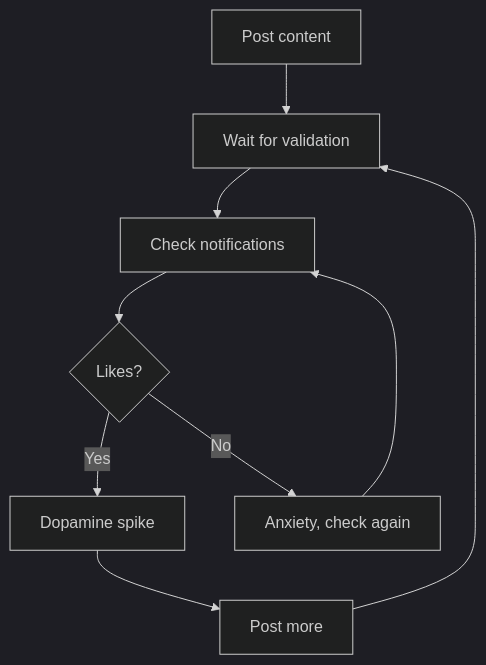
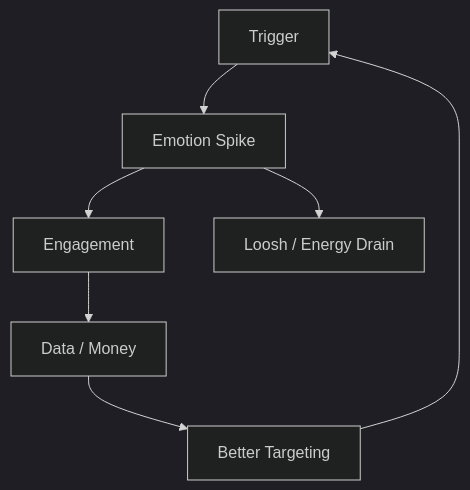
One commit to dyukahi/knowledge changed the second of 2 diagrams in mental-models/Dopamine Economy - Nền Kinh Tế Của Sự Thèm Muốn.md. Above: the diagram before and after it, drawn with Mermaid (dark theme). The commit also changed other lines of this file and 4 other files, not shown here.

````diff
--- a/mental-models/Dopamine Economy - Nền Kinh Tế Của Sự Thèm Muốn.md
+++ b/mental-models/Dopamine Economy - Nền Kinh Tế Của Sự Thèm Muốn.md
@@ -126,11 +131,9 @@
 ```mermaid
 flowchart TD
-    A["Post content"] --> B["Wait for validation"]
-    B --> C["Check notifications"]
-    C --> D{Likes?}
-    D -->|Yes| E["Dopamine spike"]
-    D -->|No| F["Anxiety, check again"]
-    E --> G["Post more"]
-    F --> C
-    G --> B
+    A[Trigger] --> B[Emotion Spike]
+    B --> C[Engagement]
+    C --> D[Data / Money]
+    B --> E[Loosh / Energy Drain]
+    D --> F[Better Targeting]
+    F --> A
 ```
````
